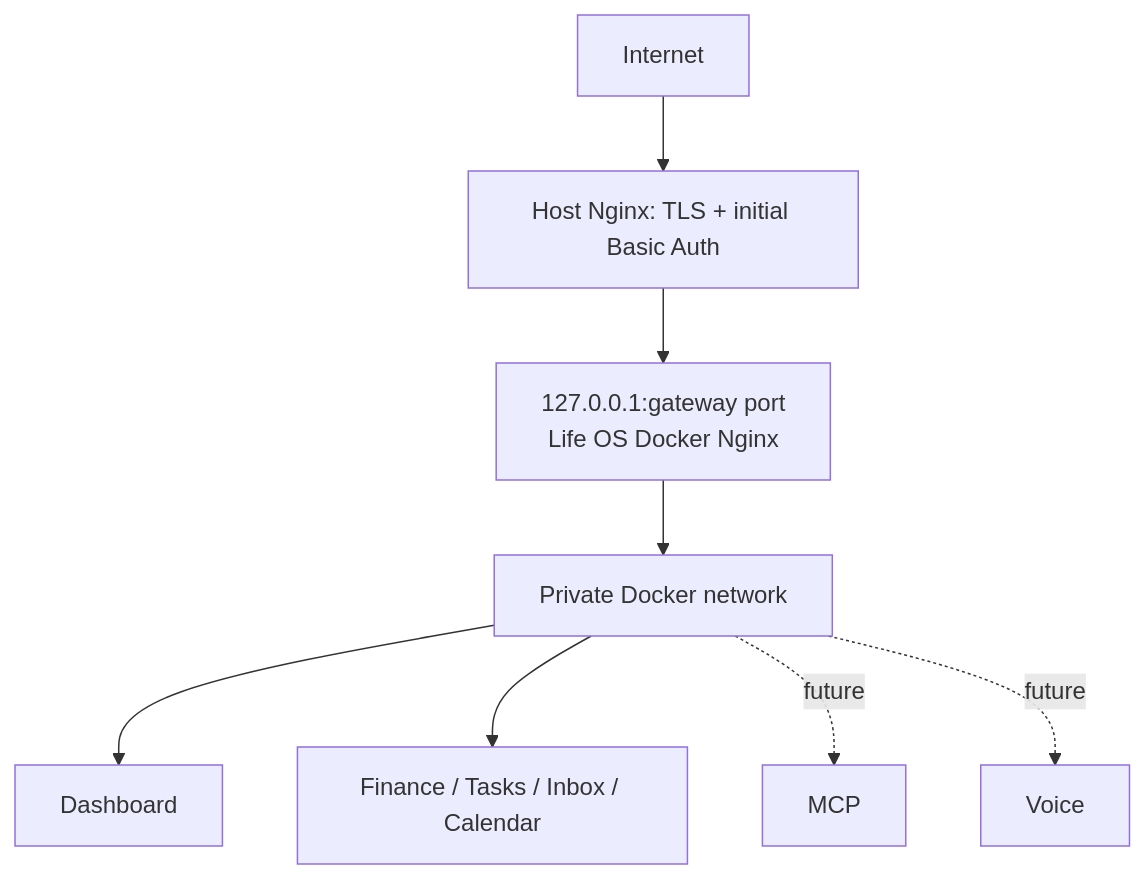
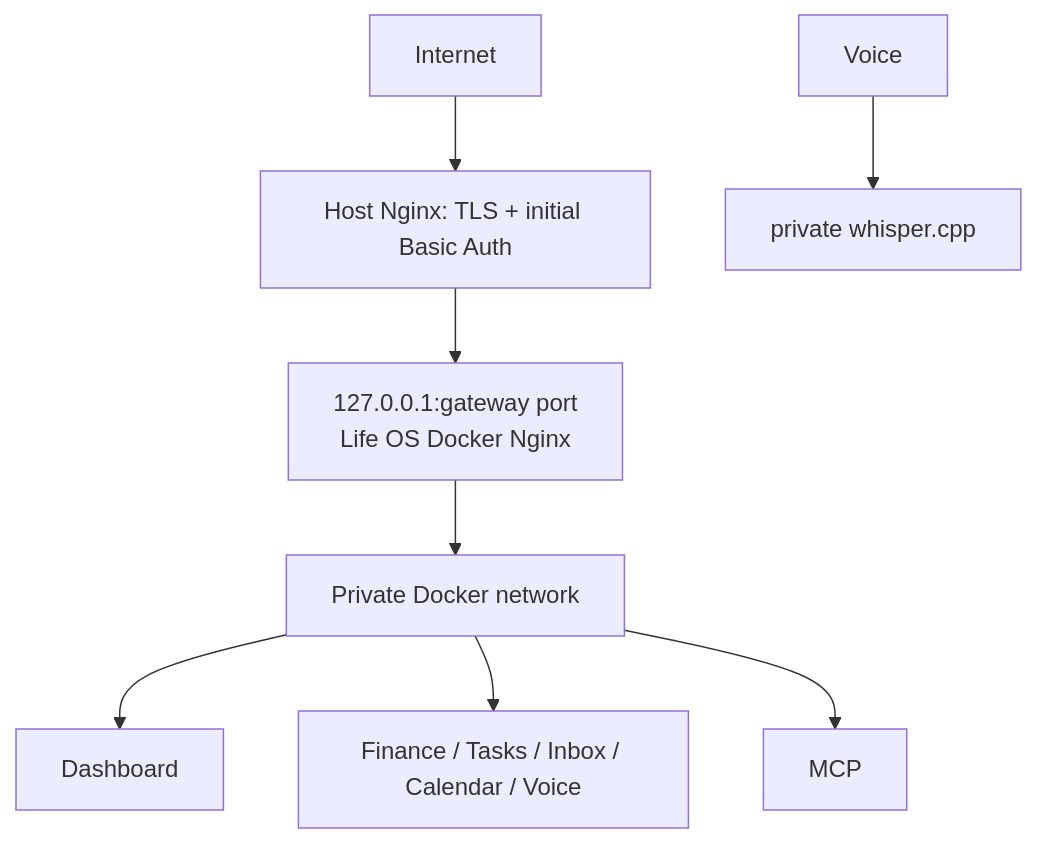
One commit to GAMch1k/life-os changed the diagram in docs/architecture/networking.md. Above: the diagram before and after it, drawn with Mermaid. The commit also changed other lines of this file and 4 other files, not shown here.

Commit message:
P6-06 synchronize architecture and API documentation

````diff
--- a/docs/architecture/networking.md
+++ b/docs/architecture/networking.md
@@ -3,10 +3,10 @@
 ```mermaid
 flowchart TB
  Internet --> Host[Host Nginx: TLS + initial Basic Auth]
  Host --> Gateway[127.0.0.1:gateway port\nLife OS Docker Nginx]
  Gateway --> Private[Private Docker network]
  Private --> Dashboard
- Private --> APIs[Finance / Tasks / Inbox / Calendar]
- Private -.future.-> MCP
- Private -.future.-> Voice
+ Private --> APIs[Finance / Tasks / Inbox / Calendar / Voice]
+ Private --> MCP
+ Voice --> Whisper[private whisper.cpp]
 ```
````
